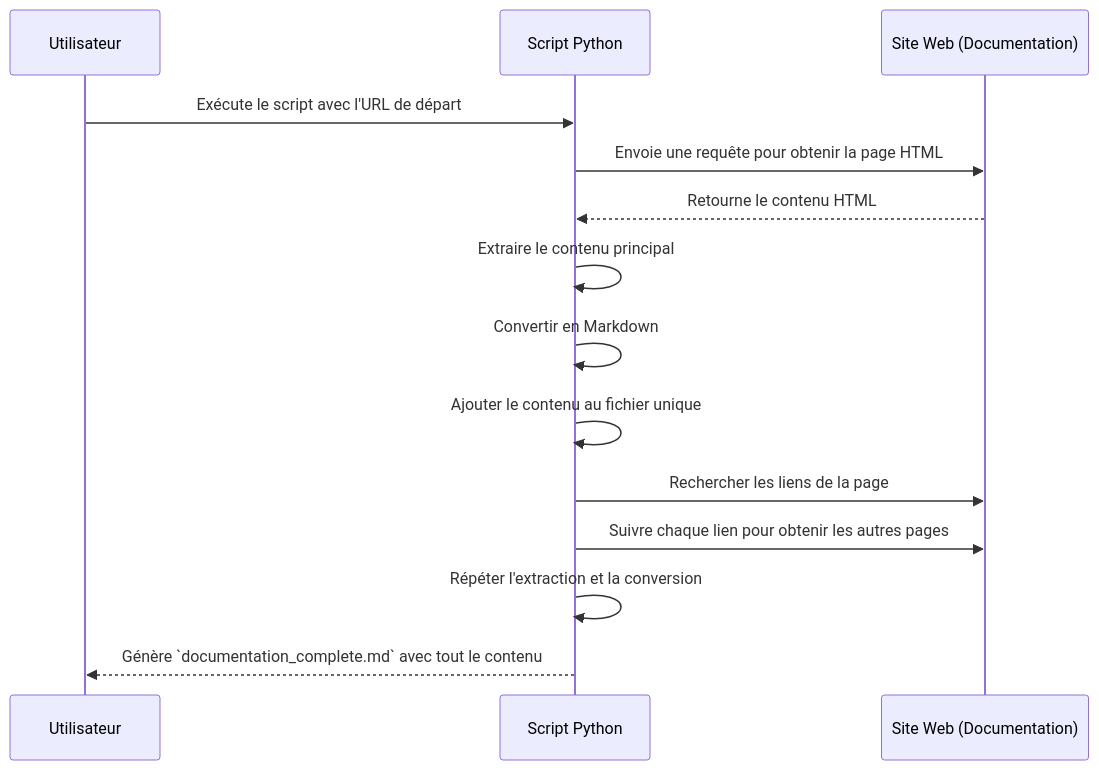
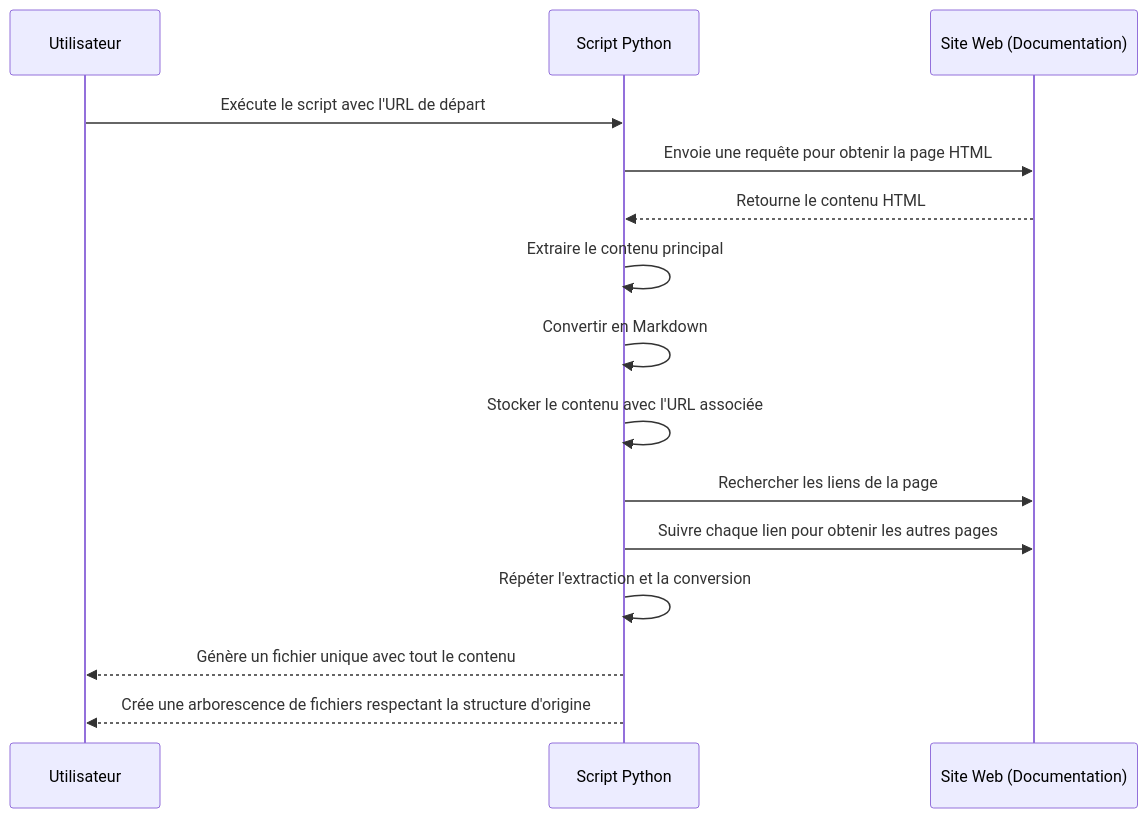
One commit to MovingLive/scroller-doc-to-md changed the diagram in README.md. Above: the diagram before and after it, drawn with Mermaid. The commit also changed other lines of this file, not shown here.

Commit message:
feat: Amélioration de la documentation du projet avec des précisions sur les modes de sortie et l'utilisation

````diff
--- a/README.md
+++ b/README.md
@@ -33,18 +35,19 @@
 ```mermaid
 sequenceDiagram
    participant User as Utilisateur
    participant Script as Script Python
    participant Website as Site Web (Documentation)
 
    User->>Script: Exécute le script avec l'URL de départ
    Script->>Website: Envoie une requête pour obtenir la page HTML
    Website-->>Script: Retourne le contenu HTML
    Script->>Script: Extraire le contenu principal
    Script->>Script: Convertir en Markdown
-   Script->>Script: Ajouter le contenu au fichier unique
+   Script->>Script: Stocker le contenu avec l'URL associée
    Script->>Website: Rechercher les liens de la page
    Script->>Website: Suivre chaque lien pour obtenir les autres pages
    Script->>Script: Répéter l'extraction et la conversion
-   Script-->>User: Génère `documentation_complete.md` avec tout le contenu
+   Script-->>User: Génère un fichier unique avec tout le contenu
+   Script-->>User: Crée une arborescence de fichiers respectant la structure d'origine
 
 ```
````
